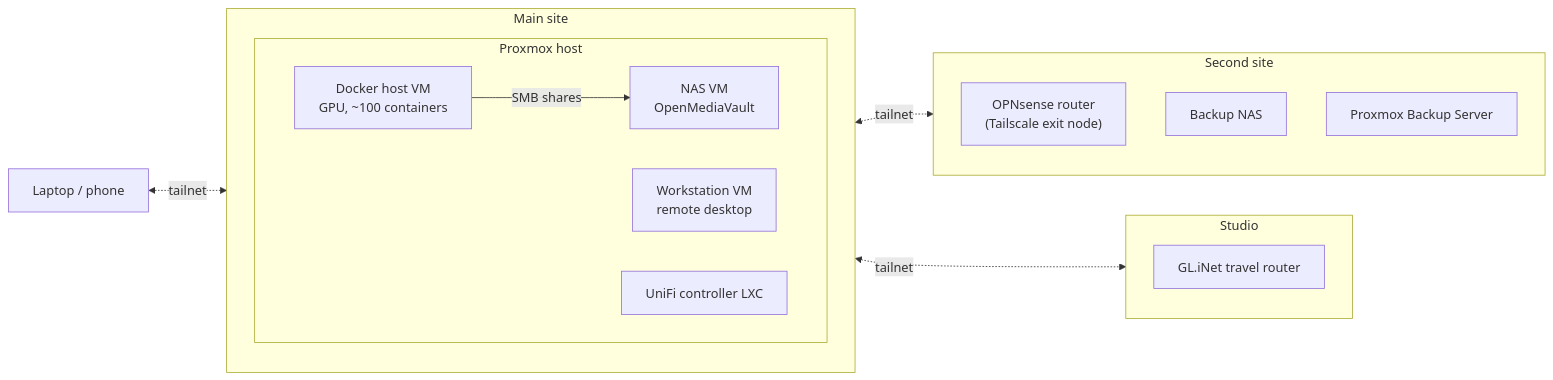
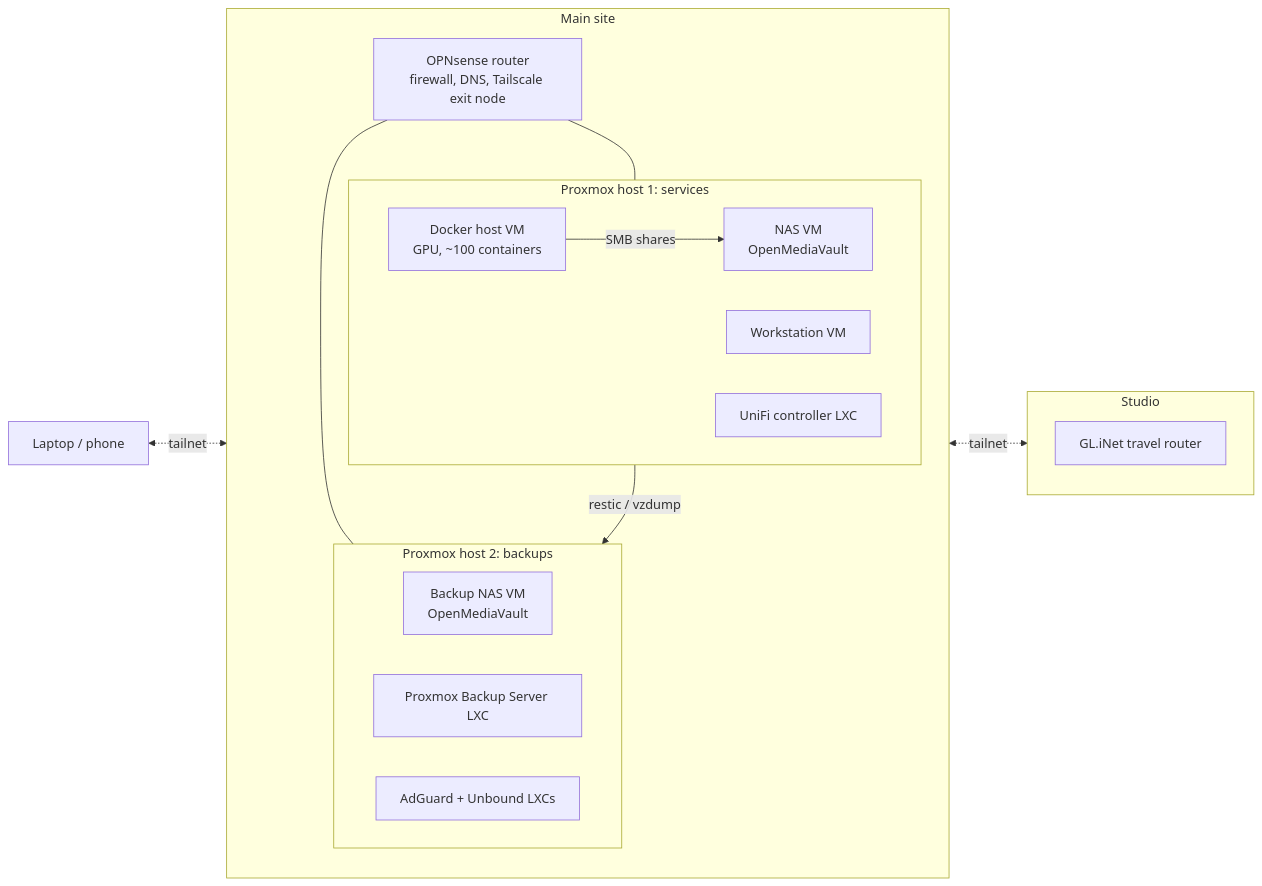
Before and after one commit to Kiyam/handbook: the diagram in docs/homelab/index.md, drawn with Mermaid. The commit also changed other lines of this file and 3 other files, not shown here.

Commit message:
Homelab: one main site with two Proxmox hosts (services + backups)

````diff
--- a/docs/homelab/index.md
+++ b/docs/homelab/index.md
@@ -14,24 +14,27 @@
 ```mermaid
 flowchart LR
     subgraph main["Main site"]
-        subgraph pve["Proxmox host"]
+        router["OPNsense router<br/>firewall, DNS, Tailscale exit node"]
+        subgraph pve1["Proxmox host 1: services"]
             docker["Docker host VM<br/>GPU, ~100 containers"]
-            work["Workstation VM<br/>remote desktop"]
+            work["Workstation VM"]
             nas["NAS VM<br/>OpenMediaVault"]
             unifi["UniFi controller LXC"]
         end
-    end
-    subgraph second["Second site"]
-        router["OPNsense router<br/>(Tailscale exit node)"]
-        bnas["Backup NAS"]
-        pbs["Proxmox Backup Server"]
+        subgraph pve2["Proxmox host 2: backups"]
+            bnas["Backup NAS VM<br/>OpenMediaVault"]
+            pbs["Proxmox Backup Server LXC"]
+            dns2["AdGuard + Unbound LXCs"]
+        end
+        router --- pve1
+        router --- pve2
     end
     subgraph studio["Studio"]
         travel["GL.iNet travel router"]
     end
     laptop["Laptop / phone"]
     docker -- "SMB shares" --> nas
-    main <-. tailnet .-> second
+    pve1 -- "restic / vzdump" --> pve2
     main <-. tailnet .-> studio
     laptop <-. tailnet .-> main
 ```
````
